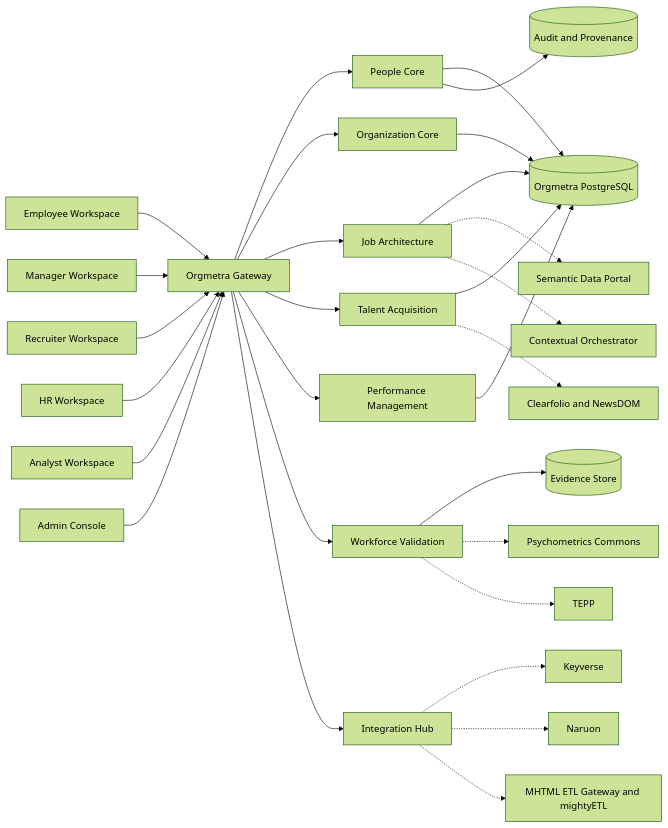
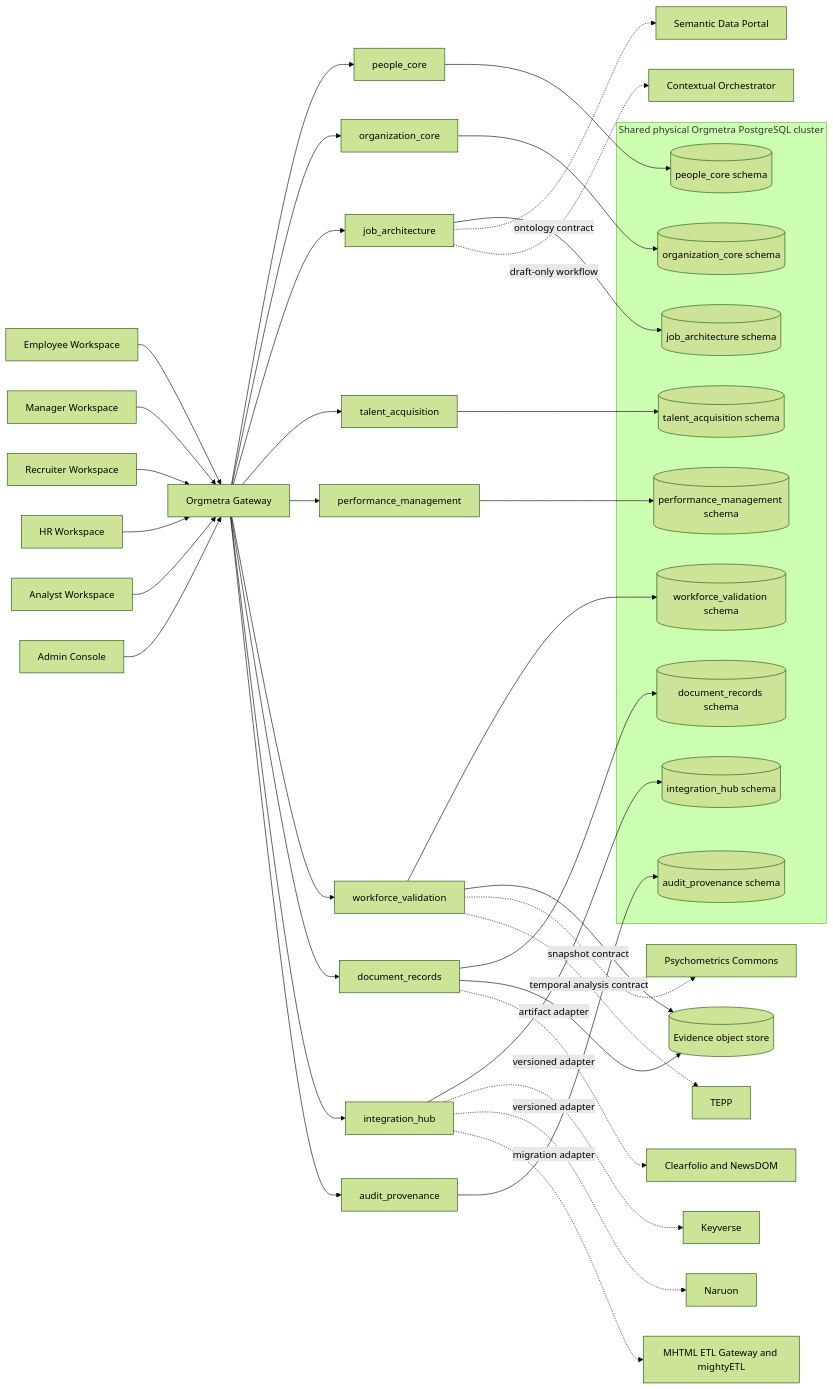
Before and after one commit to ContextualWisdomLab/Orgmetra: the diagram in ARCHITECTURE.md, drawn with Mermaid (forest theme). The commit also changed other lines of this file, not shown here.

Commit message:
docs(architecture): enforce service-owned data boundaries

````diff
--- a/ARCHITECTURE.md
+++ b/ARCHITECTURE.md
@@ -7,34 +7,53 @@
 ```mermaid
 flowchart LR
     employee[Employee Workspace] --> gateway[Orgmetra Gateway]
     manager[Manager Workspace] --> gateway
     recruiter[Recruiter Workspace] --> gateway
     hr[HR Workspace] --> gateway
     analyst[Analyst Workspace] --> gateway
     admin[Admin Console] --> gateway
 
-    gateway --> people[People Core]
-    gateway --> org[Organization Core]
-    gateway --> jobs[Job Architecture]
-    gateway --> talent[Talent Acquisition]
-    gateway --> perform[Performance Management]
-    gateway --> validate[Workforce Validation]
-    gateway --> hub[Integration Hub]
+    gateway --> people[people_core]
+    gateway --> organization[organization_core]
+    gateway --> jobs[job_architecture]
+    gateway --> talent[talent_acquisition]
+    gateway --> performance[performance_management]
+    gateway --> validation[workforce_validation]
+    gateway --> documents[document_records]
+    gateway --> integration[integration_hub]
+    gateway --> audit[audit_provenance]
 
-    people --> hrdb[(Orgmetra PostgreSQL)]
-    org --> hrdb
-    jobs --> hrdb
-    talent --> hrdb
-    perform --> hrdb
-    validate --> evidence[(Evidence Store)]
-    people --> audit[(Audit and Provenance)]
+    subgraph postgres[Shared physical Orgmetra PostgreSQL cluster]
+        people_schema[(people_core schema)]
+        organization_schema[(organization_core schema)]
+        jobs_schema[(job_architecture schema)]
+        talent_schema[(talent_acquisition schema)]
+        performance_schema[(performance_management schema)]
+        validation_schema[(workforce_validation schema)]
+        documents_schema[(document_records schema)]
+        integration_schema[(integration_hub schema)]
+        audit_schema[(audit_provenance schema)]
+    end
 
-    hub -.-> keyverse[Keyverse]
-    hub -.-> naruon[Naruon]
-    validate -.-> psych[Psychometrics Commons]
-    validate -.-> tepp[TEPP]
-    jobs -.-> semantic[Semantic Data Portal]
-    jobs -.-> orchestrator[Contextual Orchestrator]
-    talent -.-> docs[Clearfolio and NewsDOM]
-    hub -.-> migration[MHTML ETL Gateway and mightyETL]
+    people --> people_schema
+    organization --> organization_schema
+    jobs --> jobs_schema
+    talent --> talent_schema
+    performance --> performance_schema
+    validation --> validation_schema
+    documents --> documents_schema
+    integration --> integration_schema
+    audit --> audit_schema
+
+    validation --> evidence[(Evidence object store)]
+    documents --> evidence
+
+    integration -. versioned adapter .-> keyverse[Keyverse]
+    integration -. versioned adapter .-> naruon[Naruon]
+    validation -. snapshot contract .-> psych[Psychometrics Commons]
+    validation -. temporal analysis contract .-> tepp[TEPP]
+    jobs -. ontology contract .-> semantic[Semantic Data Portal]
+    jobs -. draft-only workflow .-> orchestrator[Contextual Orchestrator]
+    documents -. artifact adapter .-> doc_services[Clearfolio and NewsDOM]
+    integration -. migration adapter .-> migration[MHTML ETL Gateway and mightyETL]
 ```
````
